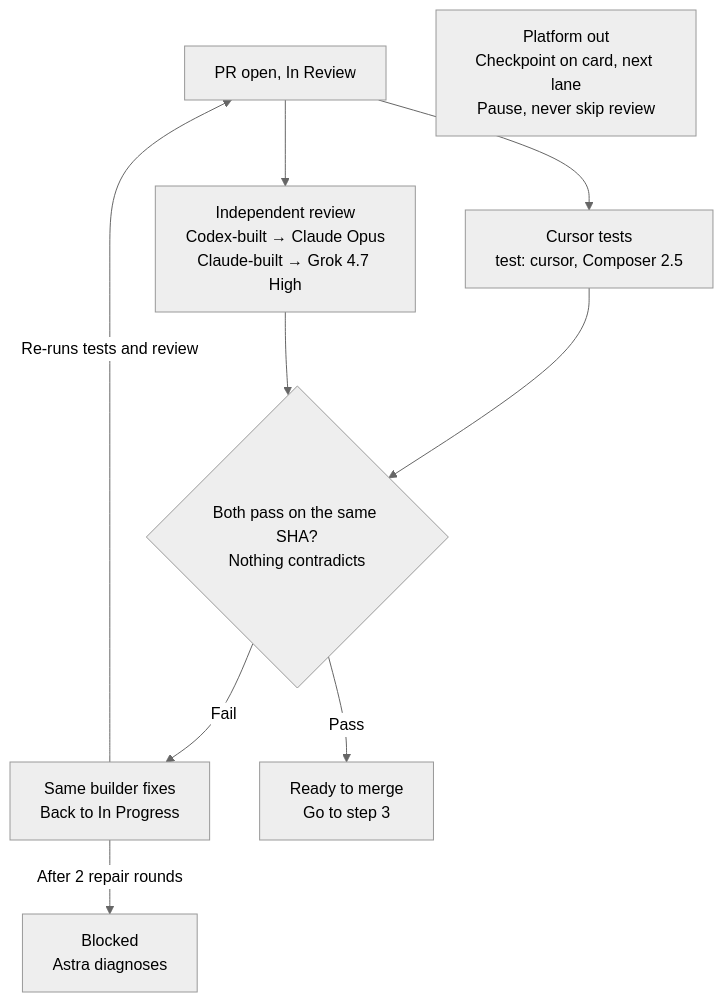
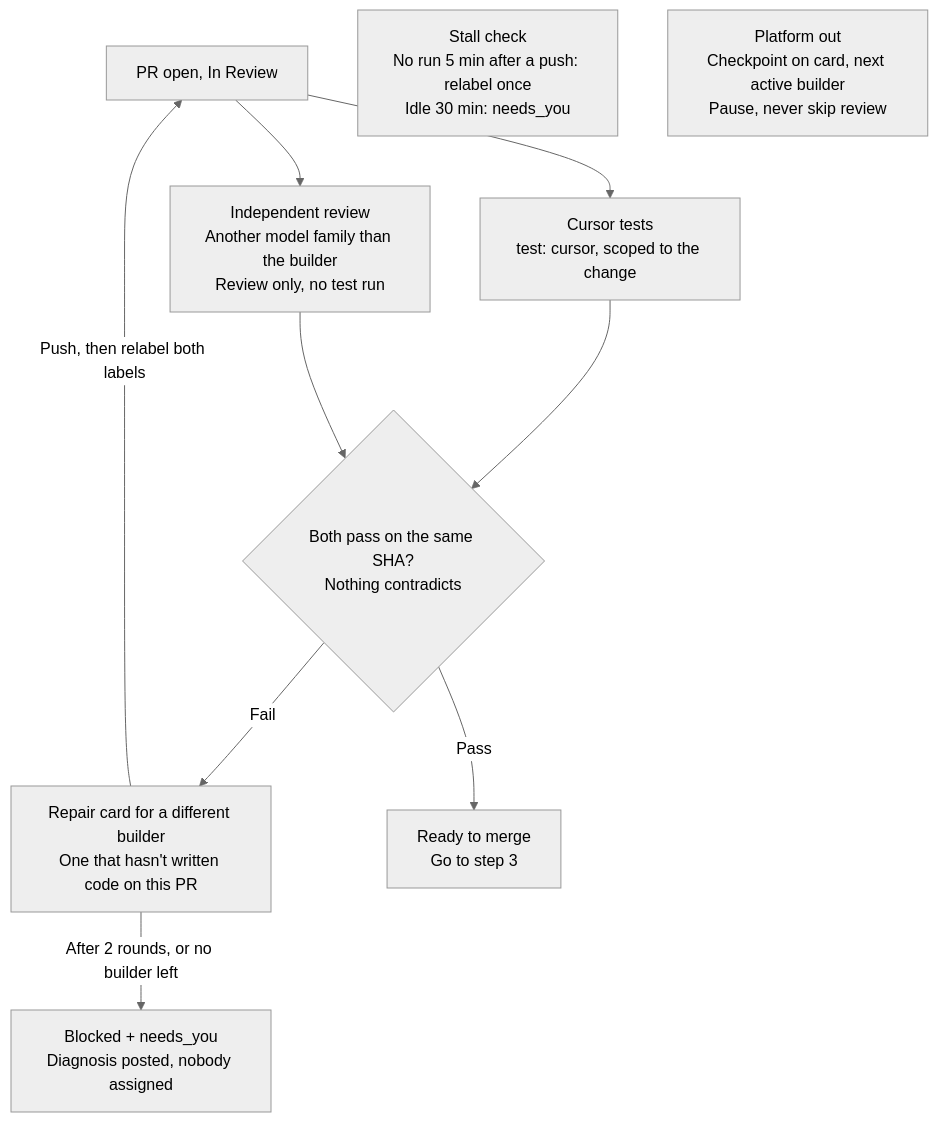
Before and after one commit to Maho1975/project-template: the second of 3 diagrams in docs/delivery/workflow.md, drawn with Mermaid (neutral theme). The commit also changed other lines of this file and 7 other files, not shown here.

First line of the commit message:
Delivery workflow: different-builder repairs, stall alerts, scoped tests, model-agnostic config

````diff
--- a/docs/delivery/workflow.md
+++ b/docs/delivery/workflow.md
@@ -26,12 +22,13 @@
 ```mermaid
 flowchart TD
-    A["PR open, In Review"] --> B["Cursor tests<br/>test: cursor, Composer 2.5"]
-    A --> C["Independent review<br/>Codex-built → Claude Opus<br/>Claude-built → Grok 4.7 High"]
+    A["PR open, In Review"] --> B["Cursor tests<br/>test: cursor, scoped to the change"]
+    A --> C["Independent review<br/>Another model family than the builder<br/>Review only, no test run"]
     B --> D{"Both pass on the same SHA?<br/>Nothing contradicts"}
     C --> D
-    D -- "Fail" --> E["Same builder fixes<br/>Back to In Progress"]
-    E -- "Re-runs tests and review" --> A
-    E -- "After 2 repair rounds" --> F["Blocked<br/>Astra diagnoses"]
+    D -- "Fail" --> E["Repair card for a different builder<br/>One that hasn't written code on this PR"]
+    E -- "Push, then relabel both labels" --> A
+    E -- "After 2 rounds, or no builder left" --> F["Blocked + needs_you<br/>Diagnosis posted, nobody assigned"]
     D -- "Pass" --> G["Ready to merge<br/>Go to step 3"]
-    P["Platform out<br/>Checkpoint on card, next lane<br/>Pause, never skip review"]
+    S["Stall check<br/>No run 5 min after a push: relabel once<br/>Idle 30 min: needs_you"]
+    P["Platform out<br/>Checkpoint on card, next active builder<br/>Pause, never skip review"]
 ```
````
